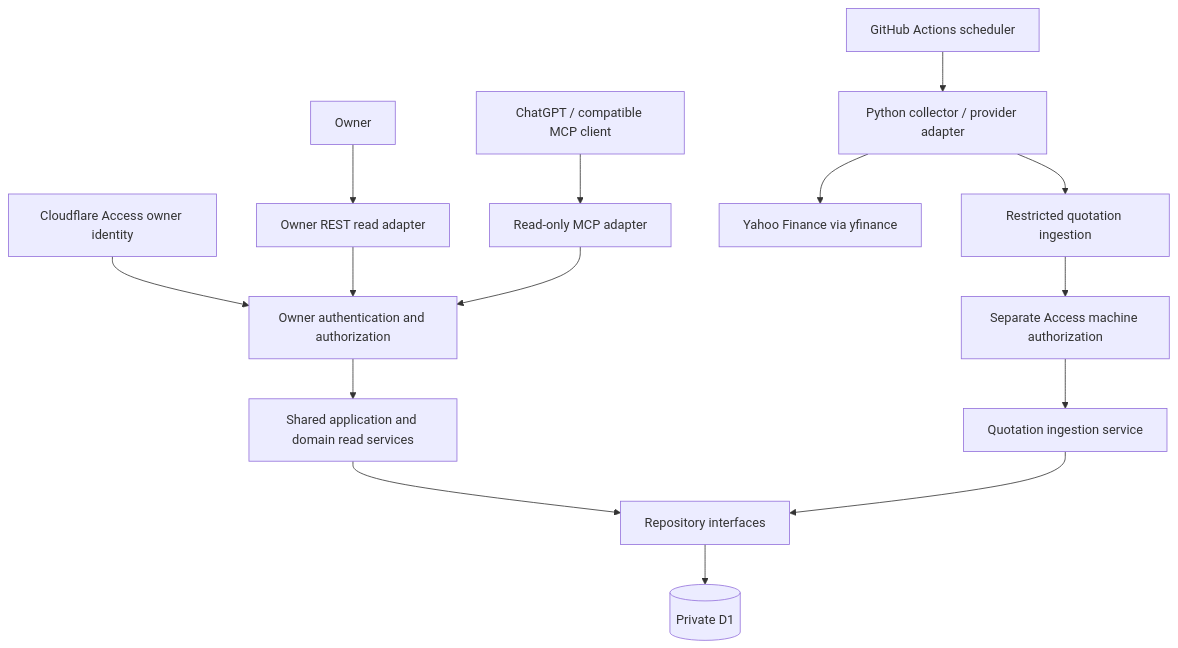
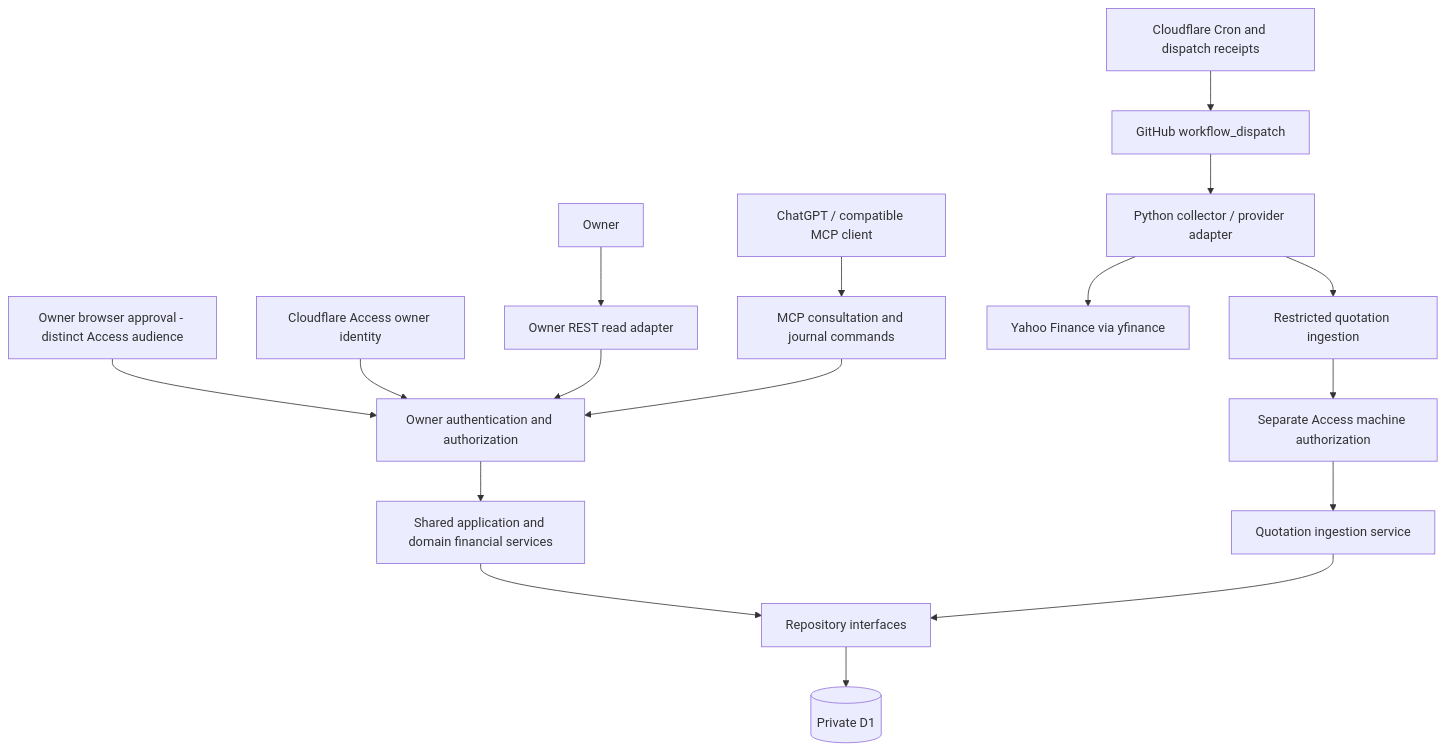
One commit to damienSavoldelli/pea-tracker changed the diagram in aidd_docs/INSTALL.md. Above: the diagram before and after it, drawn with Mermaid. The commit also changed other lines of this file and 11 other files, not shown here.

````diff
--- a/aidd_docs/INSTALL.md
+++ b/aidd_docs/INSTALL.md
@@ -178,17 +179,19 @@
 ```mermaid
 flowchart TD
     Owner[Owner] --> REST[Owner REST read adapter]
-    AI[ChatGPT / compatible MCP client] --> MCP[Read-only MCP adapter]
+    AI[ChatGPT / compatible MCP client] --> MCP[MCP consultation and journal commands]
+    Browser[Owner browser approval - distinct Access audience] --> Auth
     OAuth[Cloudflare Access owner identity] --> Auth[Owner authentication and authorization]
     REST --> Auth
     MCP --> Auth
-    Auth --> Reads[Shared application and domain read services]
+    Auth --> Reads[Shared application and domain financial services]
     Reads --> Repositories[Repository interfaces]
     Repositories --> D1[(Private D1)]
-    Actions[GitHub Actions scheduler] --> Collector[Python collector / provider adapter]
+    Cron[Cloudflare Cron and dispatch receipts] --> Actions[GitHub workflow_dispatch]
+    Actions --> Collector[Python collector / provider adapter]
     Collector --> Provider[Yahoo Finance via yfinance]
     Collector --> Ingest[Restricted quotation ingestion]
     Ingest --> Machine[Separate Access machine authorization]
     Machine --> Quotes[Quotation ingestion service]
     Quotes --> Repositories
 ```
````
